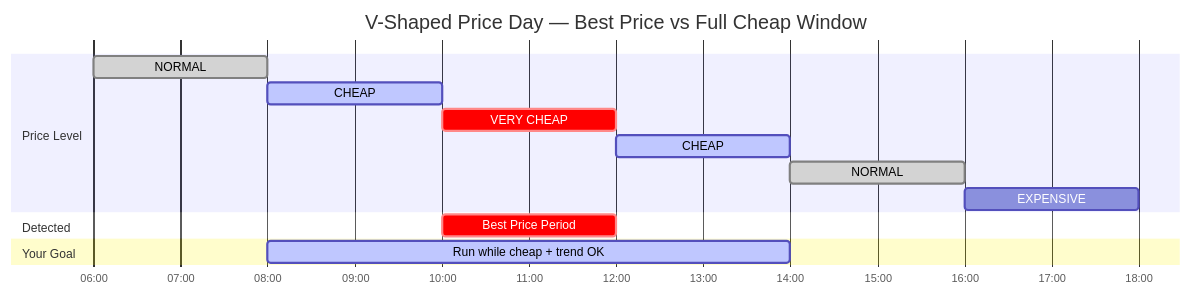
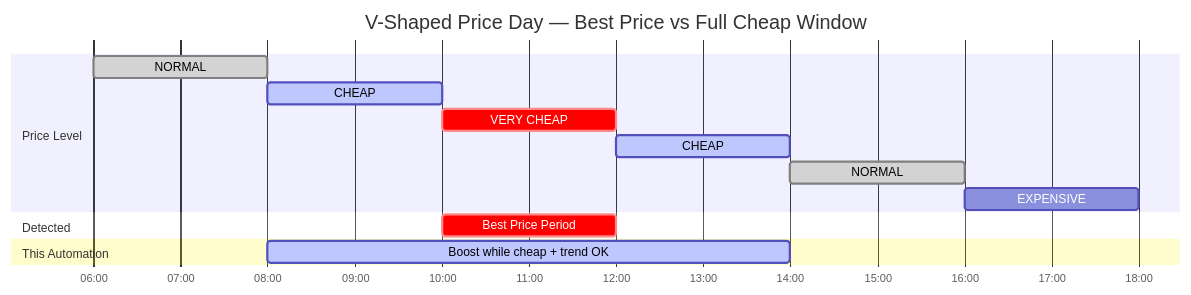
One commit to jpawlowski/hass.tibber_prices changed the third of 3 diagrams in docs/user/docs/automation-examples.md. Above: the diagram before and after it, drawn with Mermaid. The commit also changed other lines of this file and 2 other files, not shown here.

````diff
--- a/docs/user/docs/automation-examples.md
+++ b/docs/user/docs/automation-examples.md
@@ -37,20 +539,20 @@
 ```mermaid
 gantt
     title V-Shaped Price Day — Best Price vs Full Cheap Window
     dateFormat HH:mm
     axisFormat %H:%M
 
     section Price Level
     NORMAL              :done,    n1, 06:00, 2h
     CHEAP               :active,  c1, 08:00, 2h
     VERY CHEAP          :crit,    vc, 10:00, 2h
     CHEAP               :active,  c2, 12:00, 2h
     NORMAL              :done,    n2, 14:00, 2h
     EXPENSIVE           :         e1, 16:00, 2h
 
     section Detected
     Best Price Period   :crit,    bp, 10:00, 2h
 
-    section Your Goal
-    Run while cheap + trend OK :active, goal, 08:00, 6h
+    section This Automation
+    Boost while cheap + trend OK :active, goal, 08:00, 6h
 ```
````
